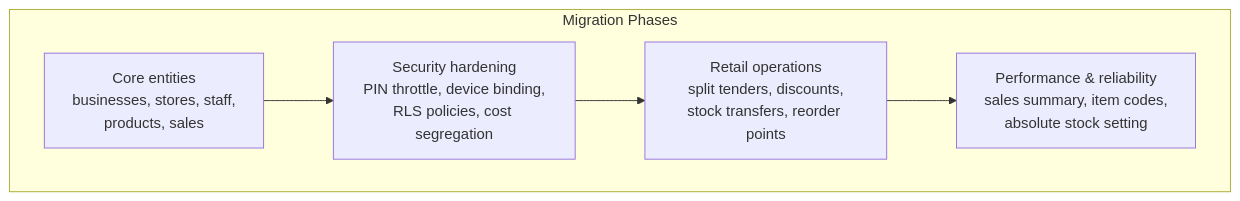
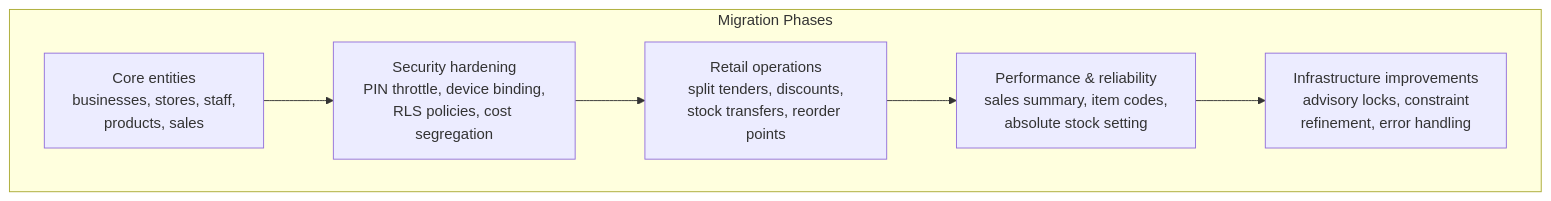
The first of 5 diagrams in .qoder/repowiki/en/content/Database Schema Design.md (themclloyd/storq), drawn with Mermaid before and after one commit. The commit also changed other lines of this file and 42 other files, not shown here.

````diff
--- a/.qoder/repowiki/en/content/Database Schema Design.md
+++ b/.qoder/repowiki/en/content/Database Schema Design.md
@@ -61,10 +67,11 @@
 ```mermaid
 graph TB
 subgraph "Migration Phases"
 M1["Core entities<br/>businesses, stores, staff,<br/>products, sales"]
 M2["Security hardening<br/>PIN throttle, device binding,<br/>RLS policies, cost segregation"]
 M3["Retail operations<br/>split tenders, discounts,<br/>stock transfers, reorder points"]
 M4["Performance & reliability<br/>sales summary, item codes,<br/>absolute stock setting"]
+M5["Infrastructure improvements<br/>advisory locks, constraint<br/>refinement, error handling"]
 end
-M1 --> M2 --> M3 --> M4
+M1 --> M2 --> M3 --> M4 --> M5
 ```
````
